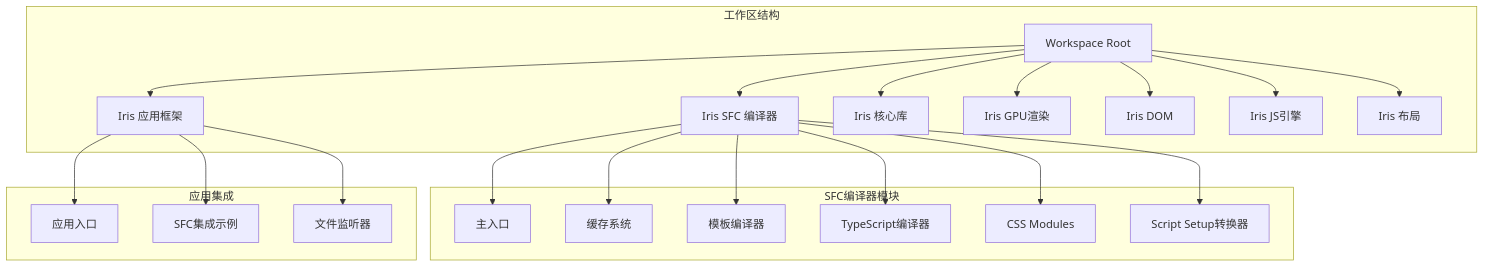
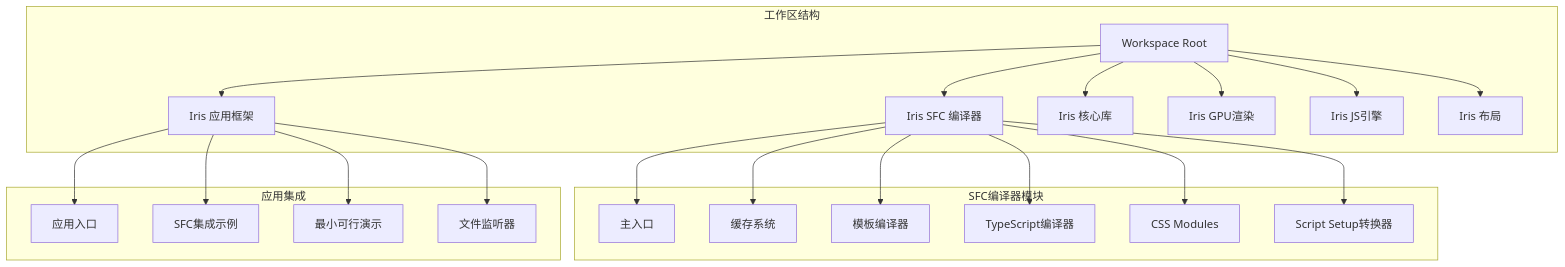
The first of 14 diagrams in .qoder/repowiki/zh/content/技术架构详解/即时转译系统/SFC编译器初始化机制/SFC集成示例.md (itszzl-sudo/iris), drawn with Mermaid before and after one commit. The commit also changed other lines of this file and 7 other files, not shown here.

````diff
--- a/.qoder/repowiki/zh/content/技术架构详解/即时转译系统/SFC编译器初始化机制/SFC集成示例.md
+++ b/.qoder/repowiki/zh/content/技术架构详解/即时转译系统/SFC编译器初始化机制/SFC集成示例.md
@@ -47,26 +59,26 @@
 ```mermaid
 graph TB
 subgraph "工作区结构"
 WS[Workspace Root]
 WS --> SFC[Iris SFC 编译器]
 WS --> APP[Iris 应用框架]
 WS --> CORE[Iris 核心库]
 WS --> GPU[Iris GPU渲染]
-WS --> DOM[Iris DOM]
 WS --> JS[Iris JS引擎]
 WS --> LAYOUT[Iris 布局]
 end
 subgraph "SFC编译器模块"
 SFC --> LIB[主入口]
 SFC --> CACHE[缓存系统]
 SFC --> TEMPLATE[模板编译器]
 SFC --> TS[TypeScript编译器]
 SFC --> CSS[CSS Modules]
 SFC --> SETUP[Script Setup转换器]
 end
 subgraph "应用集成"
 APP --> MAIN[应用入口]
 APP --> DEMO[SFC集成示例]
+APP --> MINIMAL[最小可行演示]
 APP --> WATCH[文件监听器]
 end
 ```
````
